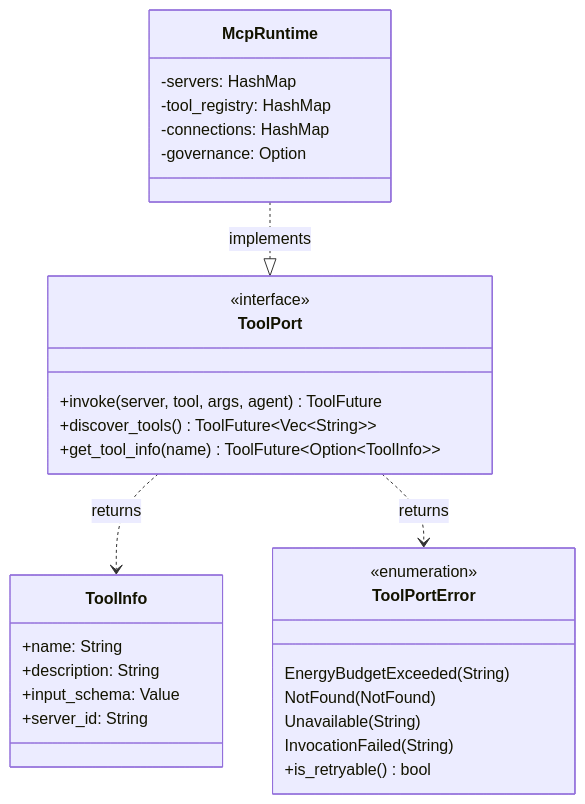
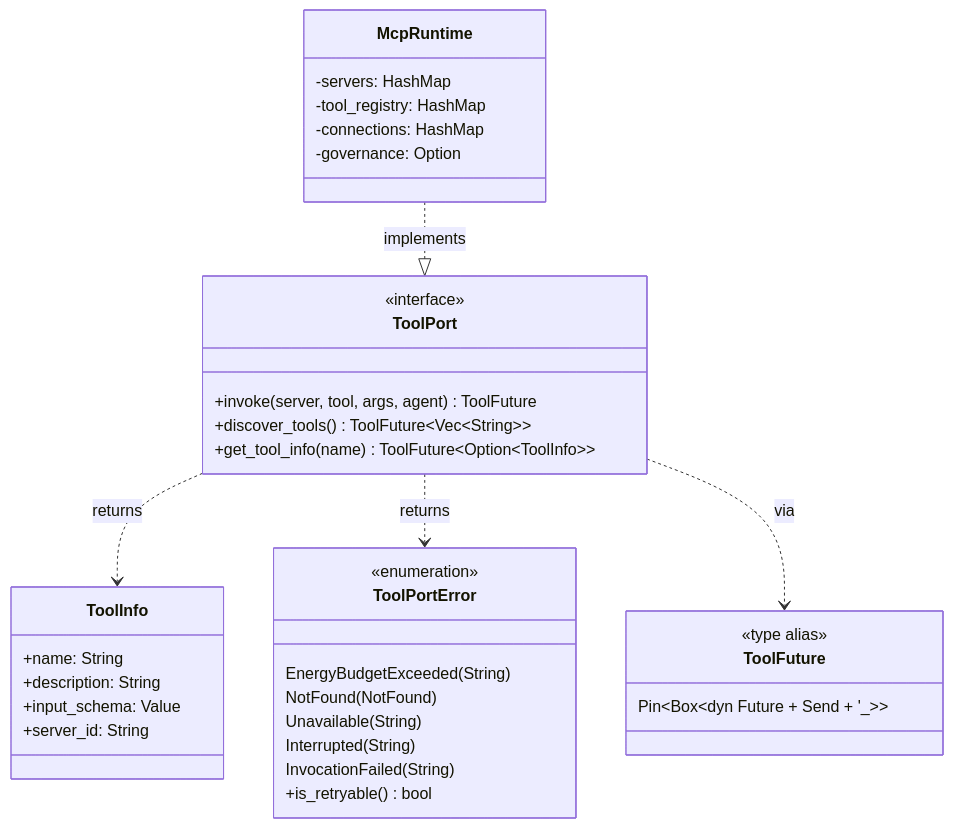
One commit to mdz-axo/zed-kask changed the first of 2 diagrams in kask/docs/diataxis/hkask-capability/reference.md. Above: the diagram before and after it, drawn with Mermaid. The commit also changed other lines of this file and 41 other files, not shown here.

````diff
--- a/kask/docs/diataxis/hkask-capability/reference.md
+++ b/kask/docs/diataxis/hkask-capability/reference.md
@@ -78,33 +48,39 @@
 ```mermaid
 classDiagram
     class ToolPort {
         <<interface>>
         +invoke(server, tool, args, agent) ToolFuture
         +discover_tools() ToolFuture~Vec~String~~
         +get_tool_info(name) ToolFuture~Option~ToolInfo~~
     }
     class ToolInfo {
         +name: String
         +description: String
         +input_schema: Value
         +server_id: String
     }
     class ToolPortError {
         <<enumeration>>
         EnergyBudgetExceeded(String)
         NotFound(NotFound)
         Unavailable(String)
+        Interrupted(String)
         InvocationFailed(String)
         +is_retryable() bool
+    }
+    class ToolFuture {
+        <<type alias>>
+        Pin~Box~dyn Future + Send + '_~~
     }
     class McpRuntime {
         -servers: HashMap
         -tool_registry: HashMap
         -connections: HashMap
         -governance: Option
     }
 
     ToolPort ..> ToolInfo : returns
     ToolPort ..> ToolPortError : returns
+    ToolPort ..> ToolFuture : via
     McpRuntime ..|> ToolPort : implements
 ```
````
